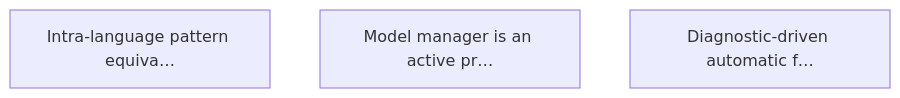
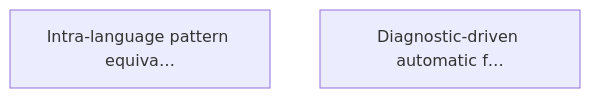
One commit to marcelocantos/sawmill changed the diagram in targets.md. Above: the diagram before and after it, drawn with Mermaid. The commit also changed other lines of this file, not shown here.

````diff
--- a/targets.md
+++ b/targets.md
@@ -54,6 +53,5 @@
 ```mermaid
 graph TD
     T1["Intra-language pattern equiva…"]
-    T2["Model manager is an active pr…"]
     T3["Diagnostic-driven automatic f…"]
 ```
````
